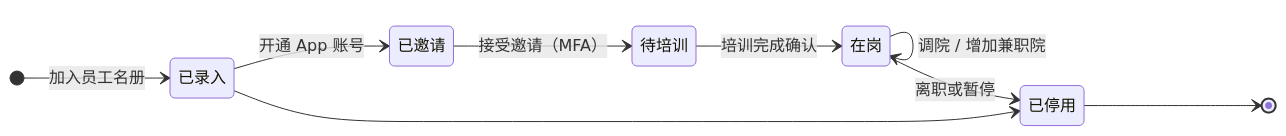
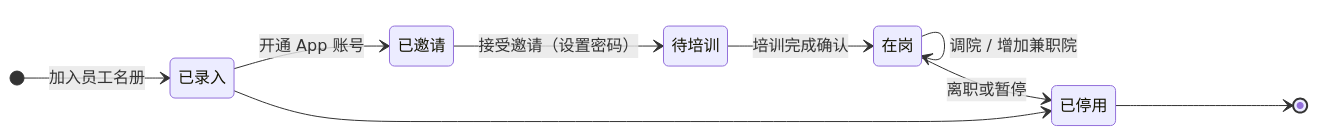
Before and after one commit to terryxu0321/JRAgedCareProject: the third of 3 diagrams in company-os/06-app-development/specs/2026-10-provider-admin-console.md, drawn with Mermaid. The commit also changed other lines of this file and 14 other files, not shown here.

````diff
--- a/company-os/06-app-development/specs/2026-10-provider-admin-console.md
+++ b/company-os/06-app-development/specs/2026-10-provider-admin-console.md
@@ -87,12 +87,12 @@
 ```mermaid
 stateDiagram-v2
 	direction LR
 	[*] --> 已录入: 加入员工名册
 	已录入 --> 已邀请: 开通 App 账号
-	已邀请 --> 待培训: 接受邀请（MFA）
+	已邀请 --> 待培训: 接受邀请（设置密码）
 	待培训 --> 在岗: 培训完成确认
 	在岗 --> 在岗: 调院 / 增加兼职院
 	在岗 --> 已停用: 离职或暂停
 	已录入 --> 已停用
 	已停用 --> [*]
 ```
````
